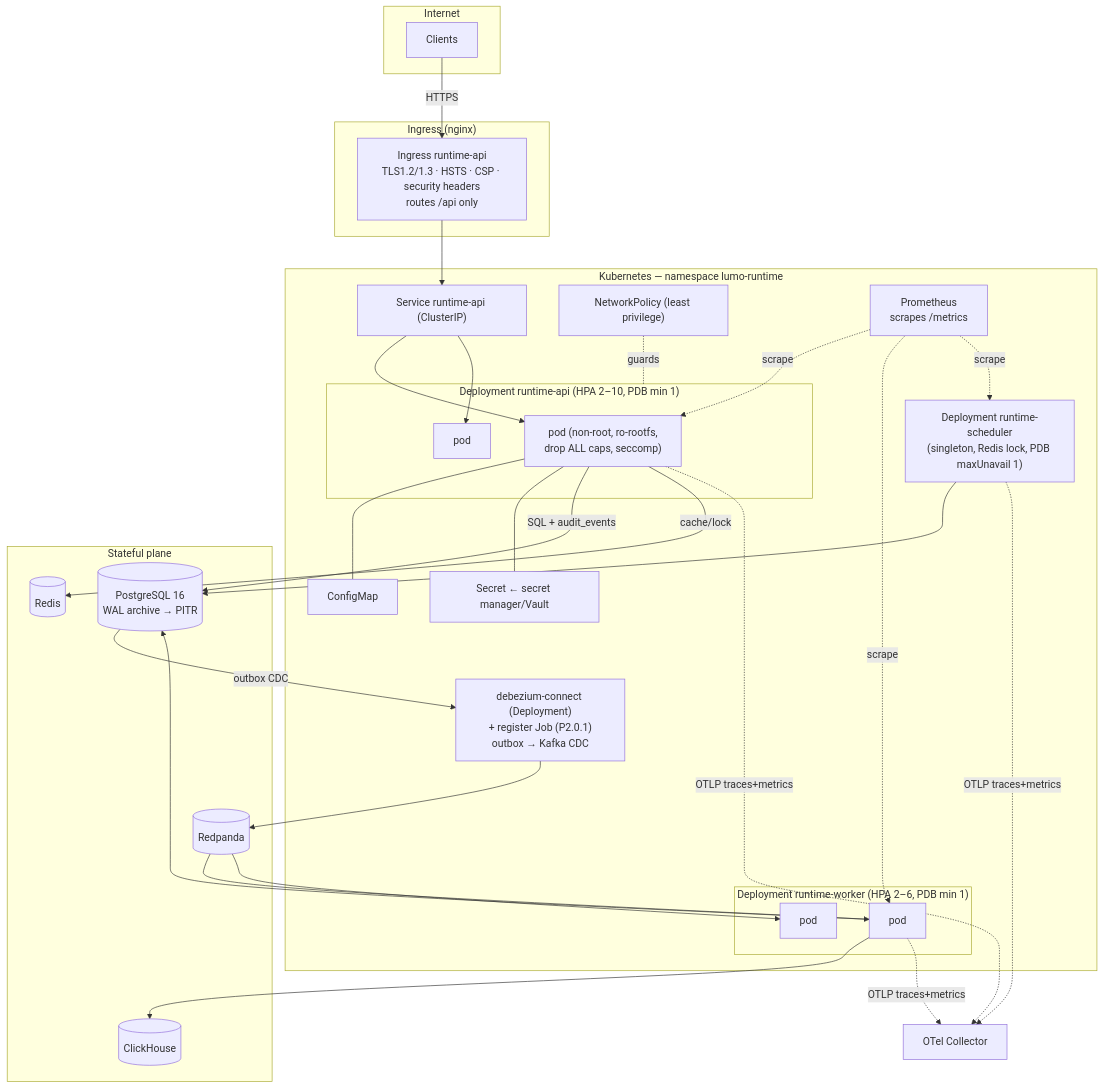
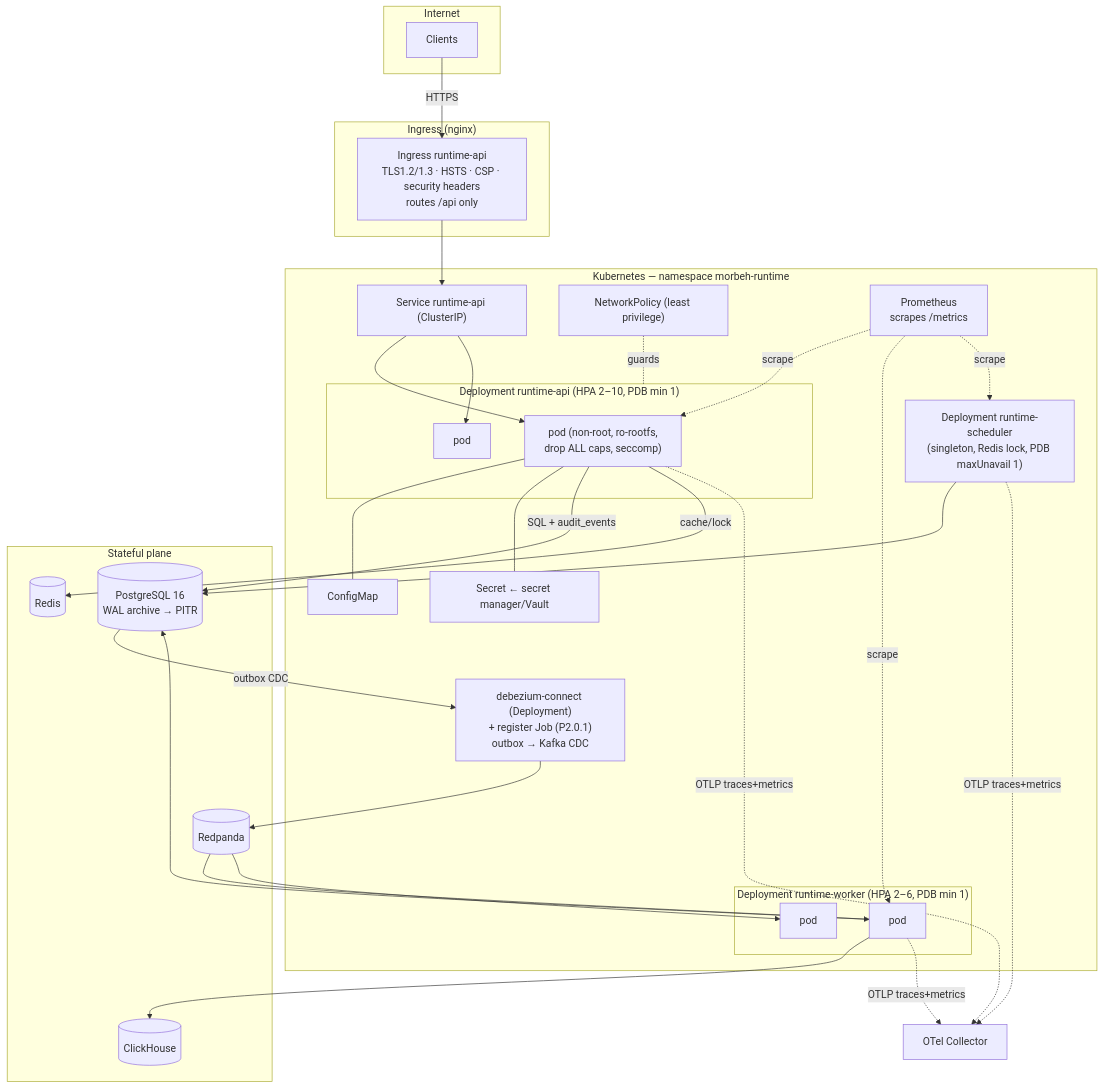
The diagram in docs/architecture/diagrams/deployment.md (AbdoNabi1/lumo-platform-main), drawn with Mermaid before and after one commit. The commit also changed 211 other files, not shown here.

````diff
--- a/docs/architecture/diagrams/deployment.md
+++ b/docs/architecture/diagrams/deployment.md
@@ -7,47 +7,47 @@
 ```mermaid
 flowchart TB
   subgraph Internet
     U[Clients]
   end
 
   subgraph Edge["Ingress (nginx)"]
     ING["Ingress runtime-api<br/>TLS1.2/1.3 · HSTS · CSP · security headers<br/>routes /api only"]
   end
 
-  subgraph K8s["Kubernetes — namespace lumo-runtime"]
+  subgraph K8s["Kubernetes — namespace morbeh-runtime"]
     subgraph apiset["Deployment runtime-api (HPA 2–10, PDB min 1)"]
       A1["pod (non-root, ro-rootfs,<br/>drop ALL caps, seccomp)"]
       A2["pod"]
     end
     subgraph wset["Deployment runtime-worker (HPA 2–6, PDB min 1)"]
       W1[pod]
       W2[pod]
     end
     SCH["Deployment runtime-scheduler<br/>(singleton, Redis lock, PDB maxUnavail 1)"]
     SVC["Service runtime-api (ClusterIP)"]
     CM[ConfigMap]
     SEC[Secret ← secret manager/Vault]
     NP["NetworkPolicy (least privilege)"]
     PROM["Prometheus<br/>scrapes /metrics"]
     DBZ["debezium-connect (Deployment)<br/>+ register Job (P2.0.1)<br/>outbox → Kafka CDC"]
   end
 
   subgraph Data["Stateful plane"]
     PG[(PostgreSQL 16<br/>WAL archive → PITR)]
     RD[(Redis)]
     RP[(Redpanda)]
     CH[(ClickHouse)]
   end
 
   U -->|HTTPS| ING --> SVC --> A1 & A2
   A1 --- CM & SEC
   A1 -->|SQL + audit_events| PG
   A1 -->|cache/lock| RD
   PG -->|outbox CDC| DBZ --> RP --> W1 & W2
   W1 --> PG
   W1 --> CH
   SCH --> PG
   PROM -.scrape.-> A1 & W1 & SCH
   A1 & W1 & SCH -. OTLP traces+metrics .-> OTELC[OTel Collector]
   NP -. guards .- apiset
 ```
````
